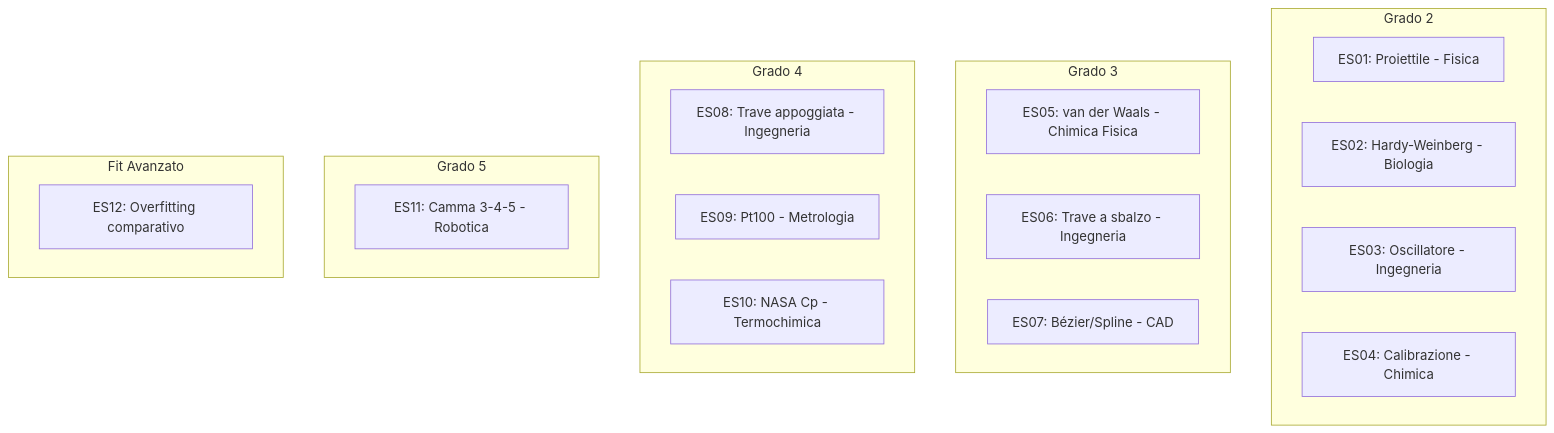
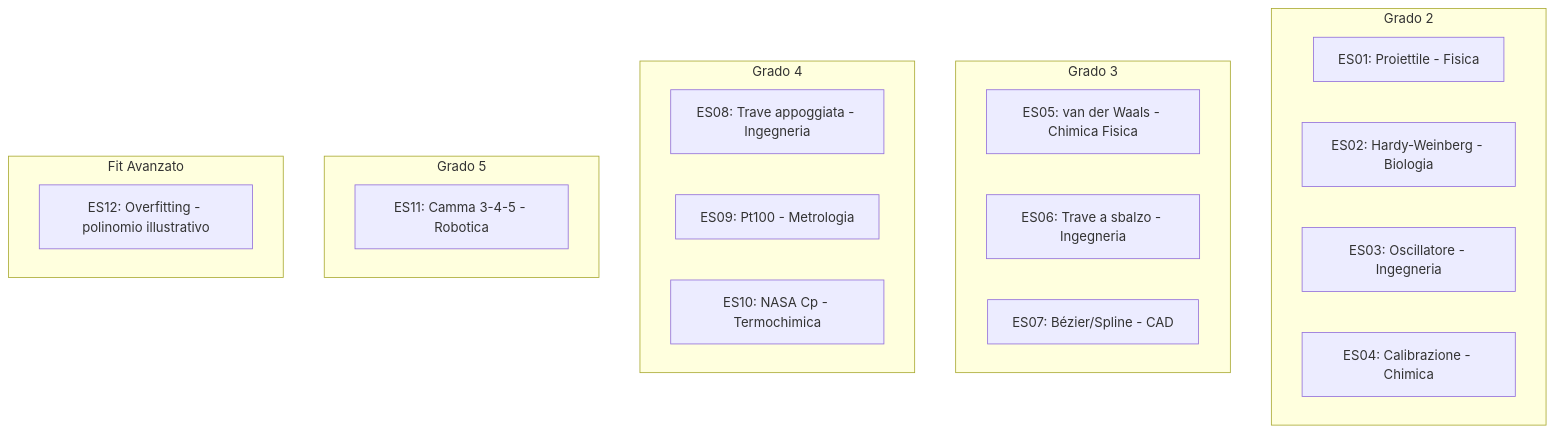
One commit to CatSW/polinomi-fz changed the third of 3 diagrams in applicazioni_dei_polinomi_nel_mondo_reale.md. Above: the diagram before and after it, drawn with Mermaid. The commit also changed other lines of this file, not shown here.

````diff
--- a/applicazioni_dei_polinomi_nel_mondo_reale.md
+++ b/applicazioni_dei_polinomi_nel_mondo_reale.md
@@ -357,25 +364,25 @@
 ```mermaid
 graph TD
     subgraph Grado 2
         ES01[ES01: Proiettile - Fisica]
         ES02[ES02: Hardy-Weinberg - Biologia]
         ES03[ES03: Oscillatore - Ingegneria]
         ES04[ES04: Calibrazione - Chimica]
     end
     subgraph Grado 3
         ES05[ES05: van der Waals - Chimica Fisica]
         ES06[ES06: Trave a sbalzo - Ingegneria]
         ES07[ES07: Bézier/Spline - CAD]
     end
     subgraph Grado 4
         ES08[ES08: Trave appoggiata - Ingegneria]
         ES09[ES09: Pt100 - Metrologia]
         ES10[ES10: NASA Cp - Termochimica]
     end
     subgraph Grado 5
         ES11[ES11: Camma 3-4-5 - Robotica]
     end
     subgraph Fit Avanzato
-        ES12[ES12: Overfitting comparativo]
+        ES12[ES12: Overfitting - polinomio illustrativo]
     end
 ```
````
